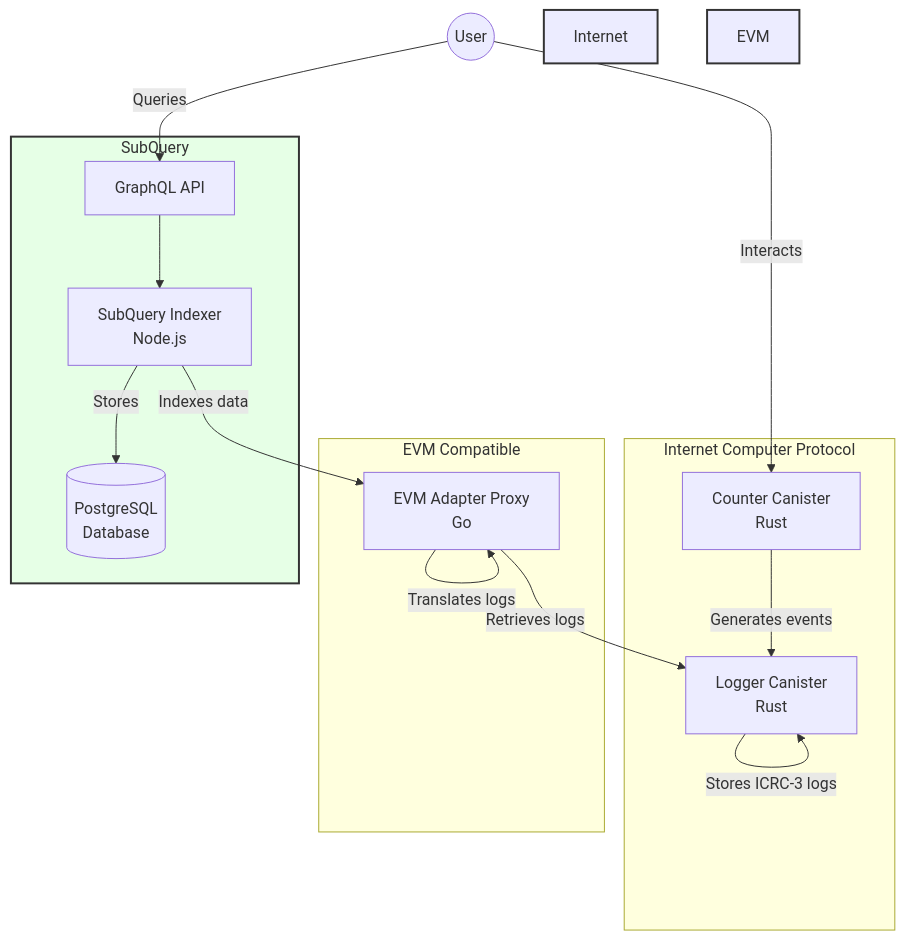
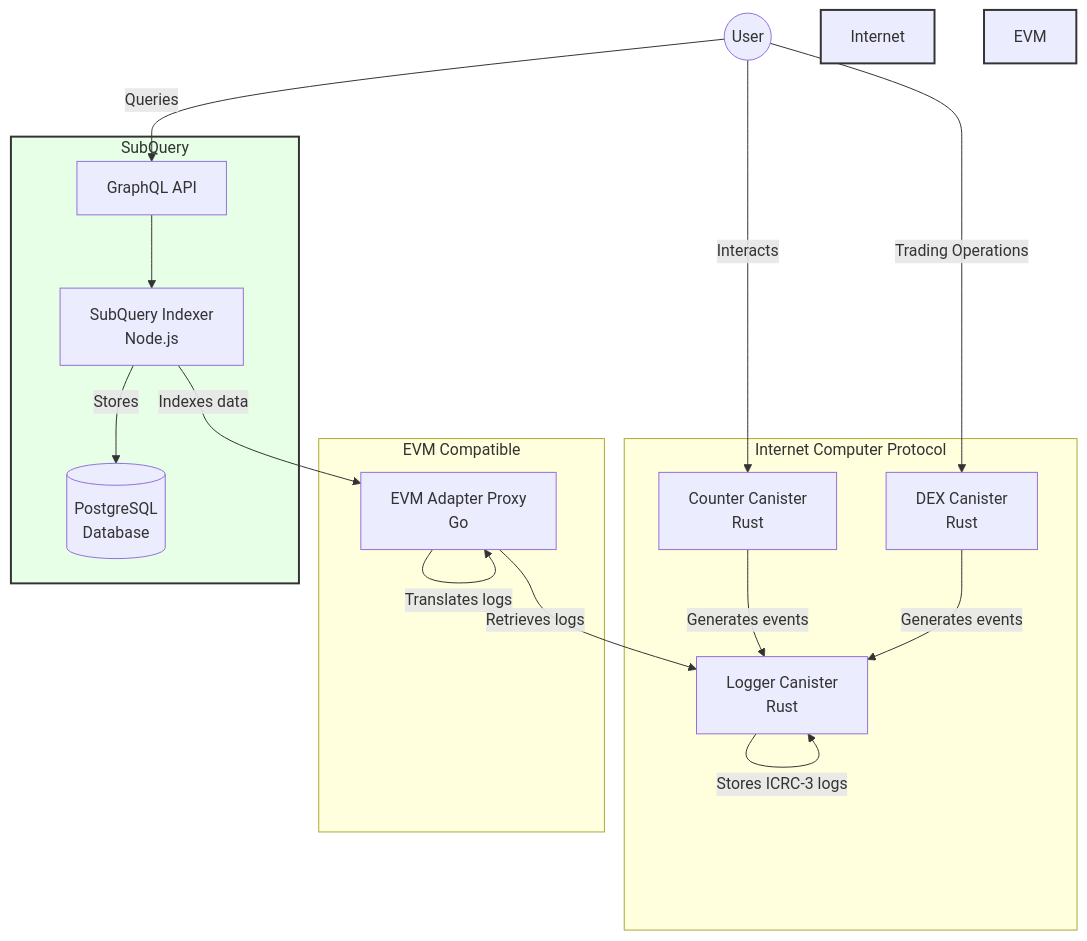
Before and after one commit to Zondax/icp-icrc3-evm-adapter: the diagram in docs/diagram.md, drawn with Mermaid. The commit also changed 60 other files, not shown here.

First line of the commit message:
Dex operations (#1)

````diff
--- a/docs/diagram.md
+++ b/docs/diagram.md
@@ -1,39 +1,43 @@
 ```mermaid
 graph TD
     User((User))
     CC[Counter Canister<br>Rust]
+    DC[DEX Canister<br>Rust]
     LC[Logger Canister<br>Rust]
     EAP[EVM Adapter Proxy<br>Go]
     SQI[SubQuery Indexer<br>Node.js]
     DB[(PostgreSQL<br>Database)]
     GQL[GraphQL API]
 
     User --> |Interacts| CC
+    User --> |Trading Operations| DC
     CC --> |Generates events| LC
+    DC --> |Generates events| LC
     LC --> |Stores ICRC-3 logs| LC
     EAP --> |Retrieves logs| LC
     EAP --> |Translates logs| EAP
     SQI --> |Indexes data| EAP
     SQI --> |Stores| DB
     User --> |Queries| GQL
     GQL --> SQI
 
     subgraph Internet Computer Protocol
         CC
+        DC
         LC
     end
 
     subgraph EVM Compatible
         EAP
     end
 
     subgraph SubQuery
         SQI
         DB
         GQL
     end
 
     style Internet Computer Protocol fill:#f0f0f0,stroke:#333,stroke-width:2px
     style EVM Compatible fill:#e6f3ff,stroke:#333,stroke-width:2px
     style SubQuery fill:#e6ffe6,stroke:#333,stroke-width:2px
 ```
````
